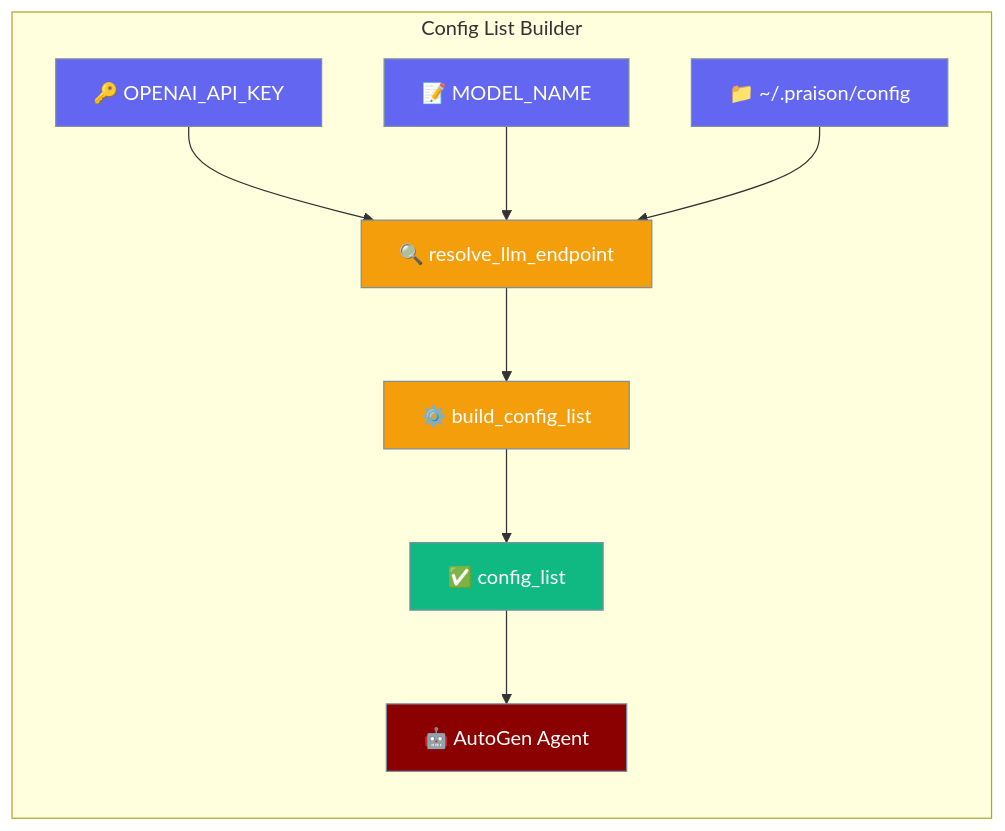
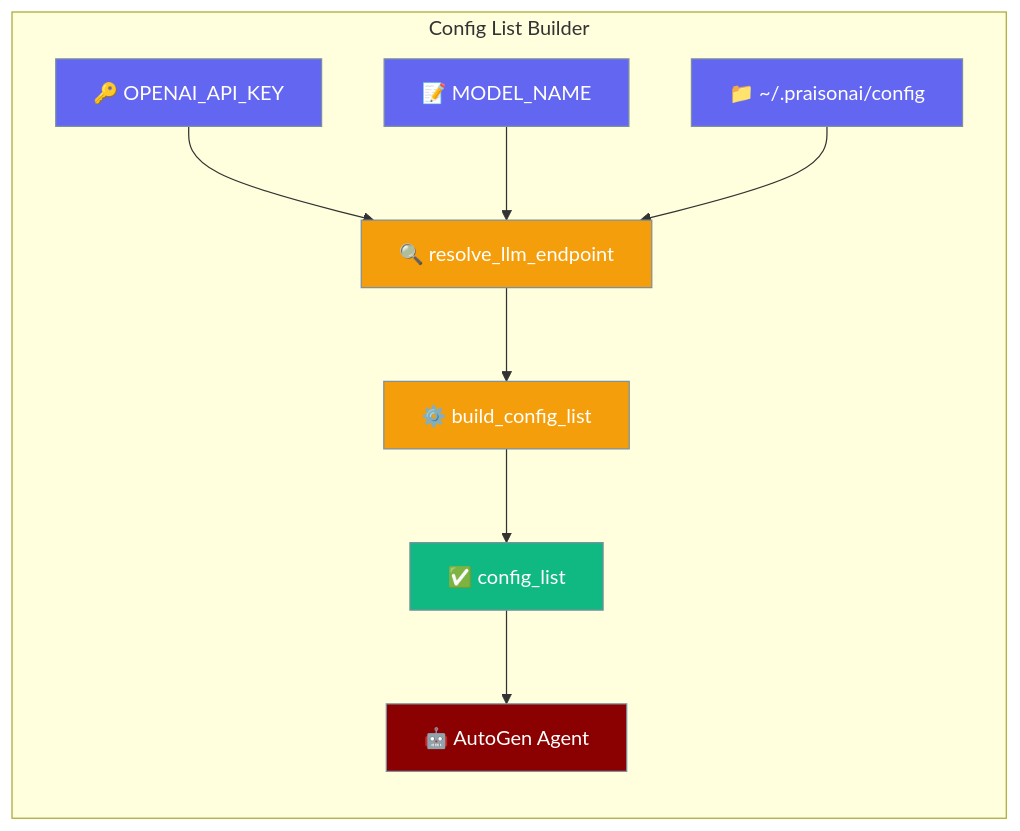
Before and after one commit to MervinPraison/PraisonAIDocs: the first of 2 diagrams in docs/features/llm-autogen-config-list.mdx, drawn with Mermaid. The commit also changed other lines of this file and 11 other files, not shown here.

````diff
--- a/docs/features/llm-autogen-config-list.mdx
+++ b/docs/features/llm-autogen-config-list.mdx
@@ -21,21 +21,21 @@
 ```mermaid
 graph LR
     subgraph "Config List Builder"
         E1[🔑 OPENAI_API_KEY] --> R[🔍 resolve_llm_endpoint]
         E2[📝 MODEL_NAME] --> R
-        E3[📁 ~/.praison/config] --> R
+        E3[📁 ~/.praisonai/config] --> R
         R --> B[⚙️ build_config_list]
         B --> CL[✅ config_list]
         CL --> AG[🤖 AutoGen Agent]
     end
 
     classDef env fill:#6366F1,stroke:#7C90A0,color:#fff
     classDef resolver fill:#F59E0B,stroke:#7C90A0,color:#fff
     classDef output fill:#10B981,stroke:#7C90A0,color:#fff
     classDef agent fill:#8B0000,stroke:#7C90A0,color:#fff
 
     class E1,E2,E3 env
     class R,B resolver
     class CL output
     class AG agent
 ```
````
